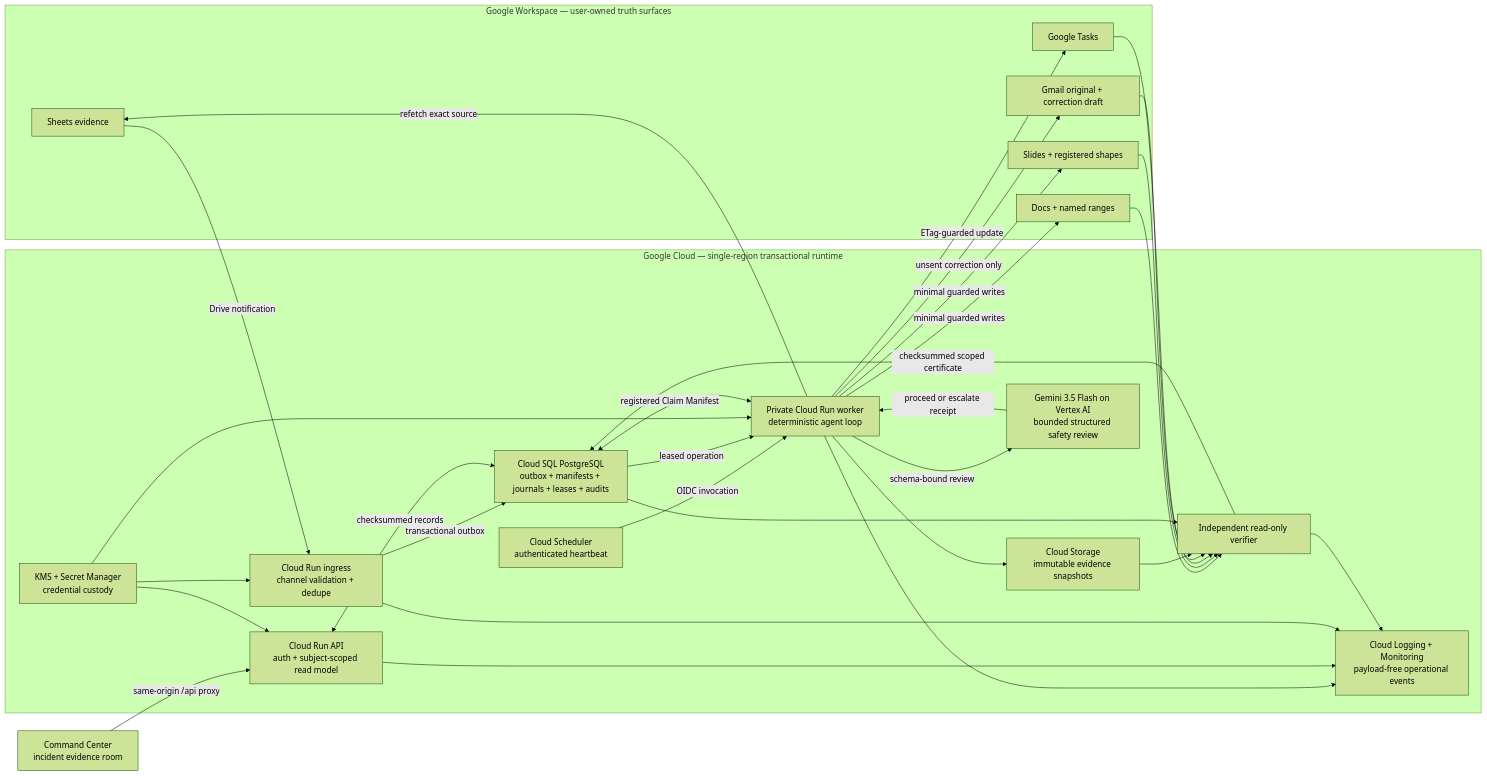
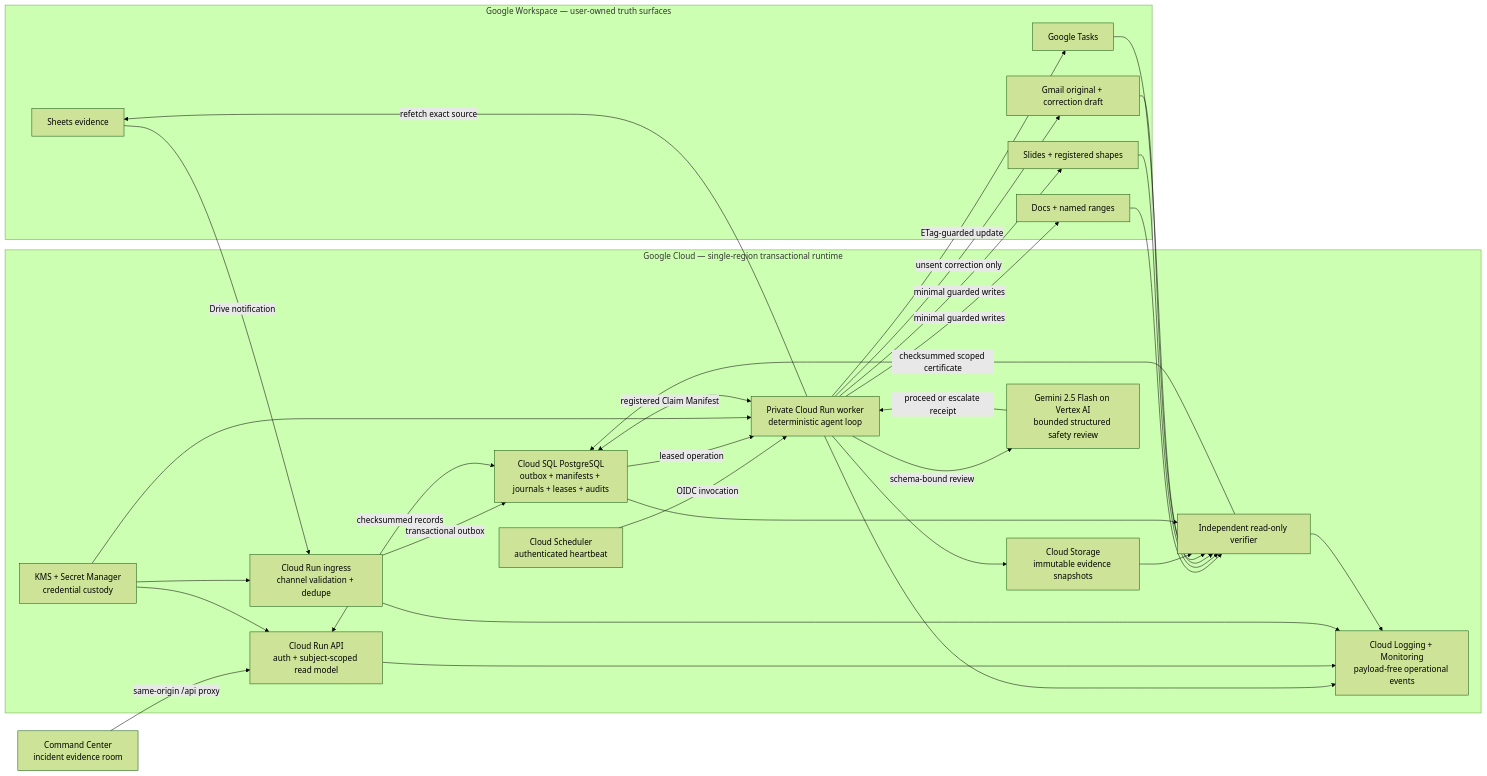
The first of 2 diagrams in docs/architecture.md (RudraBhaskar9439/veritas), drawn with Mermaid (forest theme) before and after one commit. The commit also changed other lines of this file and 31 other files, not shown here.

````diff
--- a/docs/architecture.md
+++ b/docs/architecture.md
@@ -3,55 +3,55 @@
 ```mermaid
 flowchart LR
   subgraph Workspace["Google Workspace — user-owned truth surfaces"]
     Sheet["Sheets evidence"]
     Docs["Docs + named ranges"]
     Slides["Slides + registered shapes"]
     Gmail["Gmail original + correction draft"]
     Tasks["Google Tasks"]
   end
 
   subgraph Cloud["Google Cloud — single-region transactional runtime"]
     API["Cloud Run API\nauth + subject-scoped read model"]
     Ingress["Cloud Run ingress\nchannel validation + dedupe"]
     Snapshots["Cloud Storage\nimmutable evidence snapshots"]
     Scheduler["Cloud Scheduler\nauthenticated heartbeat"]
     Worker["Private Cloud Run worker\ndeterministic agent loop"]
-    Gemini["Gemini 3.5 Flash on Vertex AI\nbounded structured safety review"]
+    Gemini["Gemini 2.5 Flash on Vertex AI\nbounded structured safety review"]
     Database["Cloud SQL PostgreSQL\noutbox + manifests + journals + leases + audits"]
     KMS["KMS + Secret Manager\ncredential custody"]
     Verify["Independent read-only verifier"]
     Logs["Cloud Logging + Monitoring\npayload-free operational events"]
   end
 
   UI["Command Center\nincident evidence room"]
 
   Sheet -->|"Drive notification"| Ingress
   Ingress -->|"transactional outbox"| Database
   Scheduler -->|"OIDC invocation"| Worker
   Database -->|"leased operation"| Worker
   Worker -->|"refetch exact source"| Sheet
   Worker --> Snapshots
   Worker -->|"schema-bound review"| Gemini
   Gemini -->|"proceed or escalate receipt"| Worker
   Worker <-->|"registered Claim Manifest"| Database
   Worker -->|"minimal guarded writes"| Docs
   Worker -->|"minimal guarded writes"| Slides
   Worker -->|"unsent correction only"| Gmail
   Worker -->|"ETag-guarded update"| Tasks
   KMS --> Worker
   KMS --> Ingress
   Docs --> Verify
   Slides --> Verify
   Gmail --> Verify
   Tasks --> Verify
   Snapshots --> Verify
   Database --> Verify
   Verify -->|"checksummed scoped certificate"| Database
   UI -->|"same-origin /api proxy"| API
   API <-->|"checksummed records"| Database
   KMS --> API
   Worker --> Logs
   API --> Logs
   Ingress --> Logs
   Verify --> Logs
 ```
````
